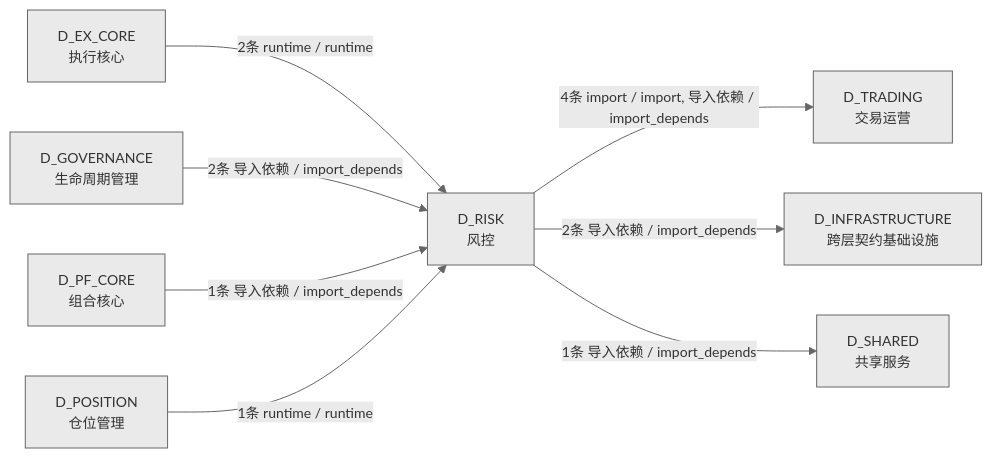
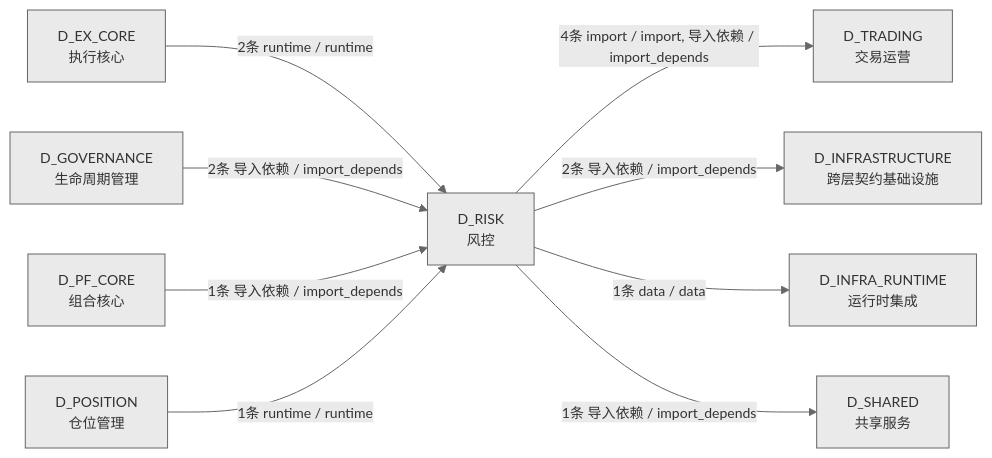
One commit to xuanFelixVan/ZephyrAlpha changed the fourth of 4 diagrams in docs/02_enterprise_architecture/02_domain_architecture_docs/65_d_risk.md. Above: the diagram before and after it, drawn with Mermaid. The commit also changed other lines of this file and 61 other files, not shown here.

````diff
--- a/docs/02_enterprise_architecture/02_domain_architecture_docs/65_d_risk.md
+++ b/docs/02_enterprise_architecture/02_domain_architecture_docs/65_d_risk.md
@@ -231,19 +234,21 @@
 ```mermaid
 %%{init: {'theme': 'base', 'themeVariables': {'primaryColor': '#eaeaea', 'primaryTextColor': '#333333', 'primaryBorderColor': '#666666', 'lineColor': '#666666', 'secondaryColor': '#eaeaea', 'tertiaryColor': '#eaeaea', 'fontSize': '14px'}}}%%
 graph LR
     D_RISK["D_RISK<br/>风控"]
     D_TRADING["D_TRADING<br/>交易运营"]
     D_INFRASTRUCTURE["D_INFRASTRUCTURE<br/>跨层契约基础设施"]
+    D_INFRA_RUNTIME["D_INFRA_RUNTIME<br/>运行时集成"]
     D_SHARED["D_SHARED<br/>共享服务"]
     D_EX_CORE["D_EX_CORE<br/>执行核心"]
     D_GOVERNANCE["D_GOVERNANCE<br/>生命周期管理"]
     D_PF_CORE["D_PF_CORE<br/>组合核心"]
     D_POSITION["D_POSITION<br/>仓位管理"]
     D_RISK -->|4条 import / import, 导入依赖 / import_depends| D_TRADING
     D_RISK -->|2条 导入依赖 / import_depends| D_INFRASTRUCTURE
+    D_RISK -->|1条 data / data| D_INFRA_RUNTIME
     D_RISK -->|1条 导入依赖 / import_depends| D_SHARED
     D_EX_CORE -->|2条 runtime / runtime| D_RISK
     D_GOVERNANCE -->|2条 导入依赖 / import_depends| D_RISK
     D_PF_CORE -->|1条 导入依赖 / import_depends| D_RISK
     D_POSITION -->|1条 runtime / runtime| D_RISK
 ```
````
